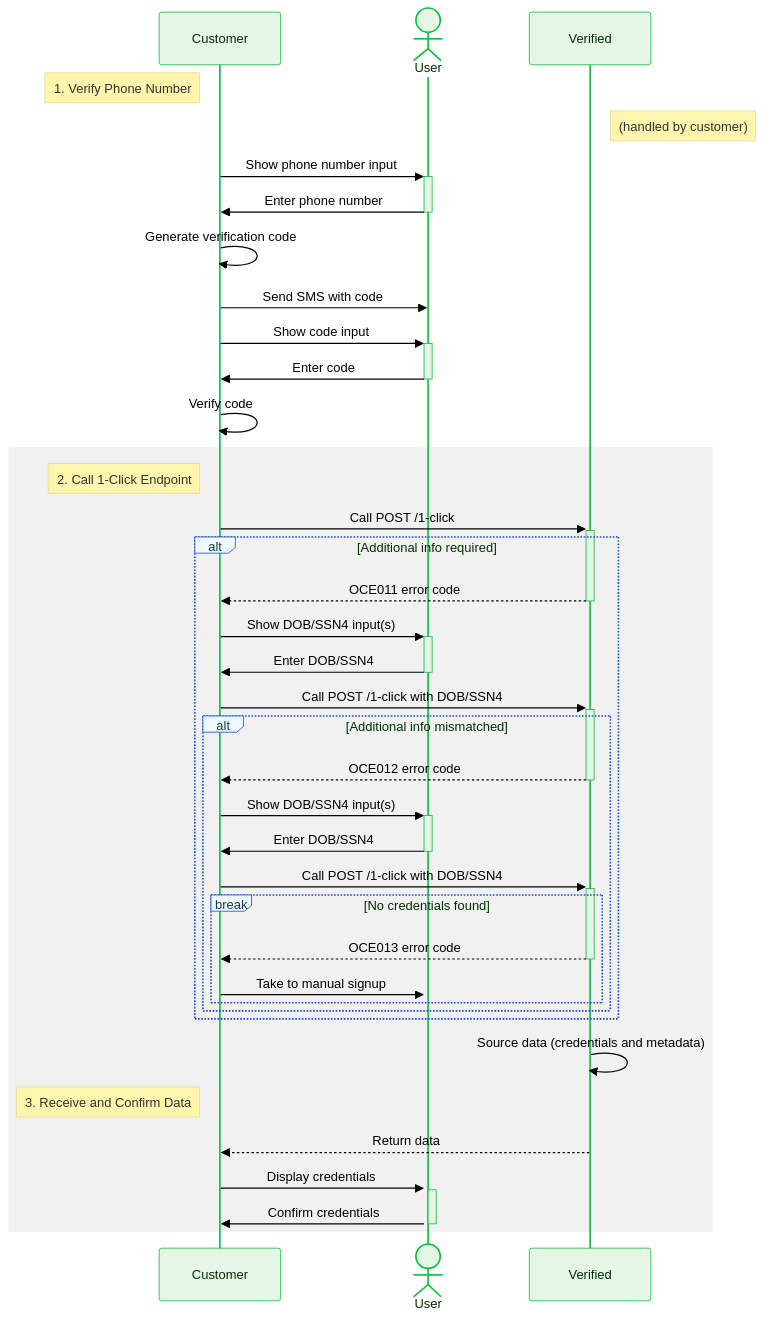
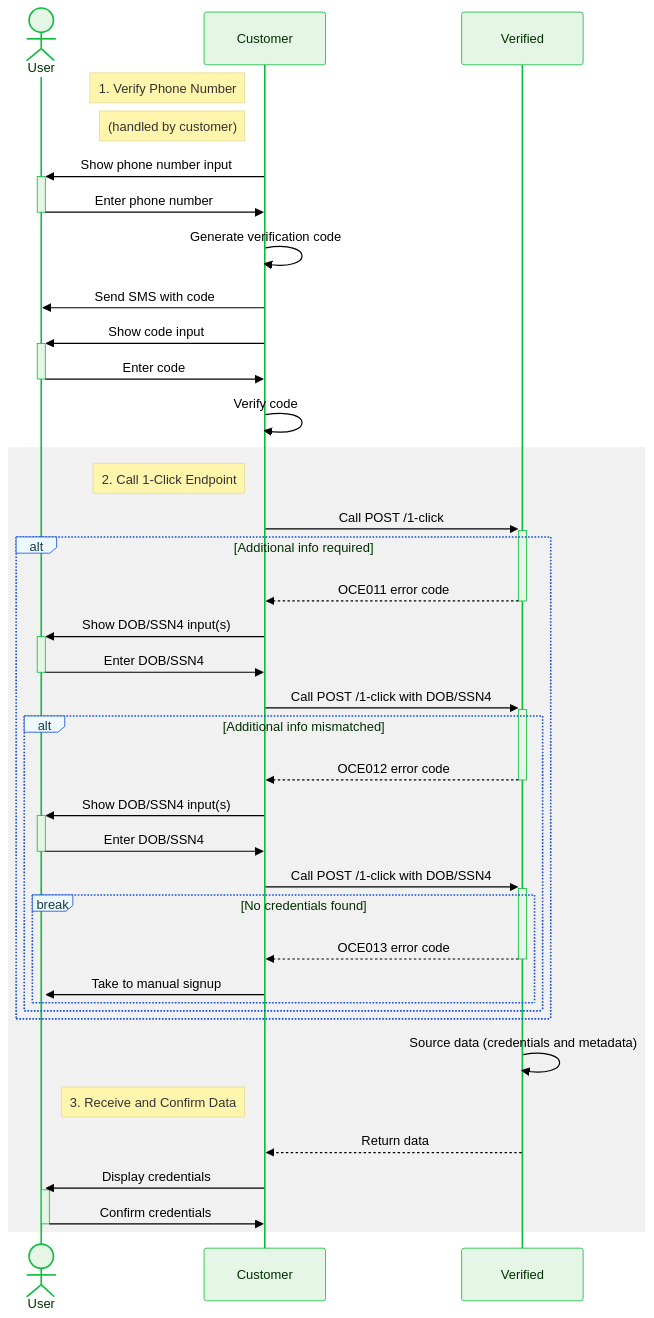
The diagram in versioned_docs/version-2/reusables/sequence-diagram-non-hosted.mdx (VerifiedInc/VerifiedInc.github.io), drawn with Mermaid before and after one commit. The commit also changed 6 other files, not shown here.

````diff
--- a/versioned_docs/version-2/reusables/sequence-diagram-non-hosted.mdx
+++ b/versioned_docs/version-2/reusables/sequence-diagram-non-hosted.mdx
@@ -3,62 +3,62 @@
 ```mermaid
 %%{
     init: {
     'theme': 'base',
     'themeVariables': {
         'primaryColor': '#e6f6e6',
         'primaryTextColor': '#003100',
         'primaryBorderColor': '#0dbc3d',
         'secondaryColor': '#eef9fd',
         'secondaryTextColor': '#193c47',
         'secondaryBorderColor': '#164fd6',
         'activationBkgColor': '#e6f6e6',
         'activationBorderColor': '#0dbc3d',
         'labelBoxBkgColor': '#eef9fd',
         'labelBoxBorderColor': '#164fd6',
         'labelTextColor': '#193c47',
         'edgeLabelBackground': '#ffffff',
         'textColor': '#000000',
         'fontFamily': 'Lato'
     }
 }
 }%%
 sequenceDiagram
+    actor U as User
     participant C as Customer
-    actor U as User
     participant V as Verified
 
     Note left of C: 1. Verify Phone Number
-    note right of V: (handled by customer)
+    Note left of C: (handled by customer)
     C ->>+ U: Show phone number input
     U ->>- C: Enter phone number
     C ->> C: Generate verification code
     C ->> U: Send SMS with code
     C ->>+ U: Show code input
     U ->>- C: Enter code
     C ->> C: Verify code
     rect rgb(200,200,200,0.25)
         Note left of C: 2. Call 1-Click Endpoint
         C ->>+ V: Call POST /1-click
         alt Additional info required
             V -->>- C: OCE011 error code
             C ->>+ U: Show DOB/SSN4 input(s)
             U ->>- C: Enter DOB/SSN4
             C ->>+ V: Call POST /1-click with DOB/SSN4
             alt Additional info mismatched
                 V -->>- C: OCE012 error code
                 C ->>+ U: Show DOB/SSN4 input(s)
                 U ->>- C: Enter DOB/SSN4
                 C ->>+ V: Call POST /1-click with DOB/SSN4
                 break No credentials found
                     V -->>- C: OCE013 error code
                     C ->>+ U: Take to manual signup
                 end
             end
         end
         V ->> V: Source data (credentials and metadata)
         Note left of C: 3. Receive and Confirm Data
         V -->> C: Return data
         C ->>+ U: Display credentials
         U ->>- C: Confirm credentials
     end
 ```
````
